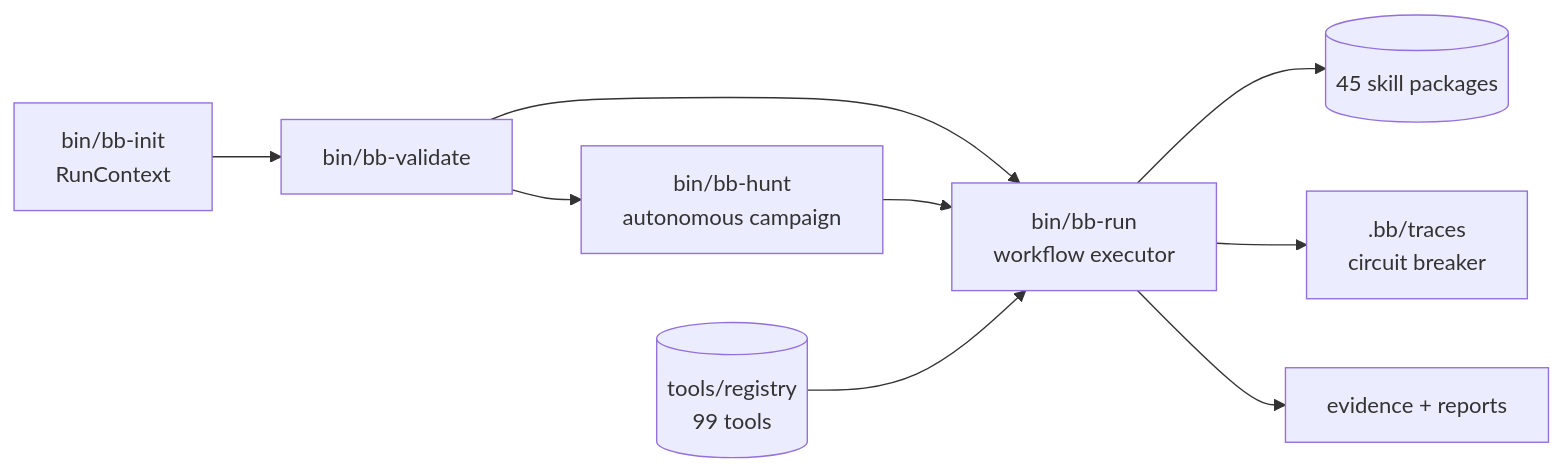
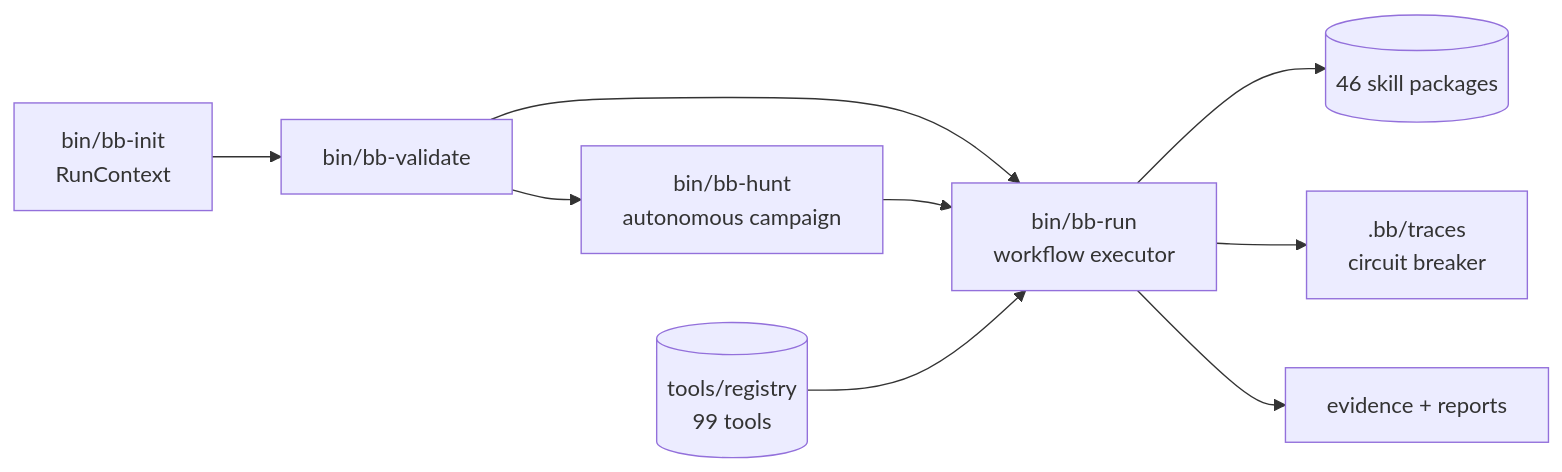
Before and after one commit to Mr-Neutr0n/bb_agent_toolkit: the diagram in README.md, drawn with Mermaid. The commit also changed other lines of this file and 2 other files, not shown here.

````diff
--- a/README.md
+++ b/README.md
@@ -29,11 +35,11 @@
 ```mermaid
 flowchart LR
     A[bin/bb-init<br/>RunContext] --> B[bin/bb-validate]
     B --> C[bin/bb-run<br/>workflow executor]
-    C --> D[(45 skill packages)]
+    C --> D[(46 skill packages)]
     B --> E[bin/bb-hunt<br/>autonomous campaign]
     E --> C
     C --> F[.bb/traces<br/>circuit breaker]
     C --> G[evidence + reports]
     H[(tools/registry<br/>99 tools)] --> C
 ```
````
